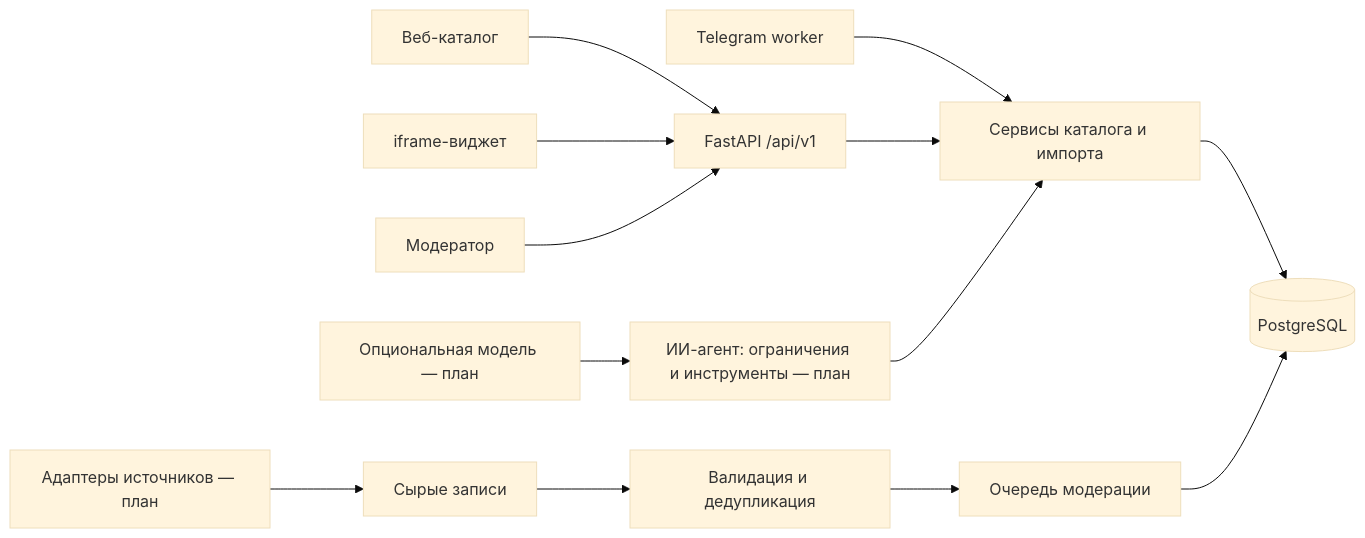
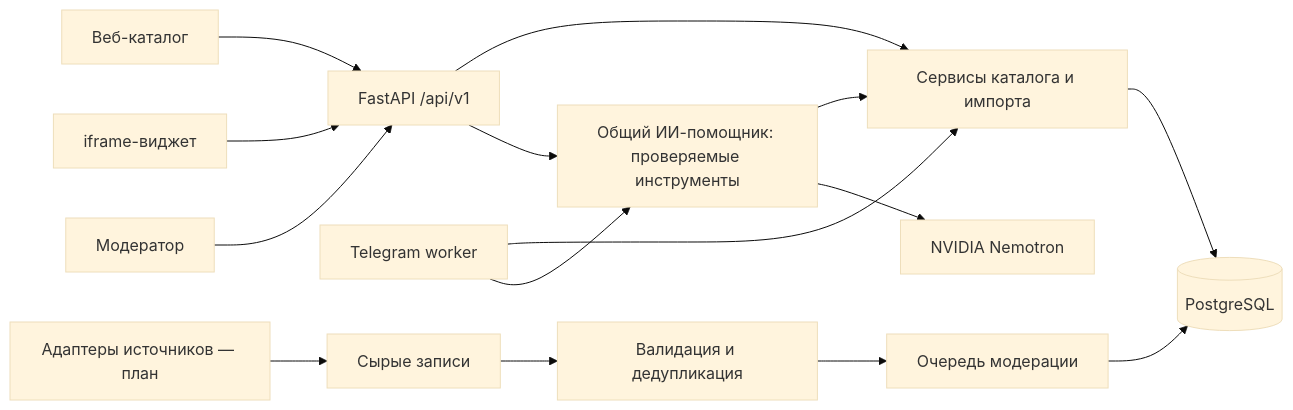
Before and after one commit to coldtime108/kurai-afisha: the diagram in docs/ARCHITECTURE.md, drawn with Mermaid (base theme). The commit also changed other lines of this file and 32 other files, not shown here.

````diff
--- a/docs/ARCHITECTURE.md
+++ b/docs/ARCHITECTURE.md
@@ -7,15 +7,17 @@
 ```mermaid
 flowchart LR
   W[Веб-каталог] --> API[FastAPI /api/v1]
   T[Telegram worker] --> S
   I[iframe-виджет] --> API
   M[Модератор] --> API
   API --> S[Сервисы каталога и импорта]
   S --> DB[(PostgreSQL)]
   C[Адаптеры источников — план] --> R[Сырые записи]
   R --> V[Валидация и дедупликация]
   V --> Q[Очередь модерации]
   Q --> DB
-  A[ИИ-агент: ограничения и инструменты — план] --> S
-  L[Опциональная модель — план] --> A
+  API --> A[Общий ИИ-помощник: проверяемые инструменты]
+  T --> A
+  A --> S
+  A --> L[NVIDIA Nemotron]
 ```
````
